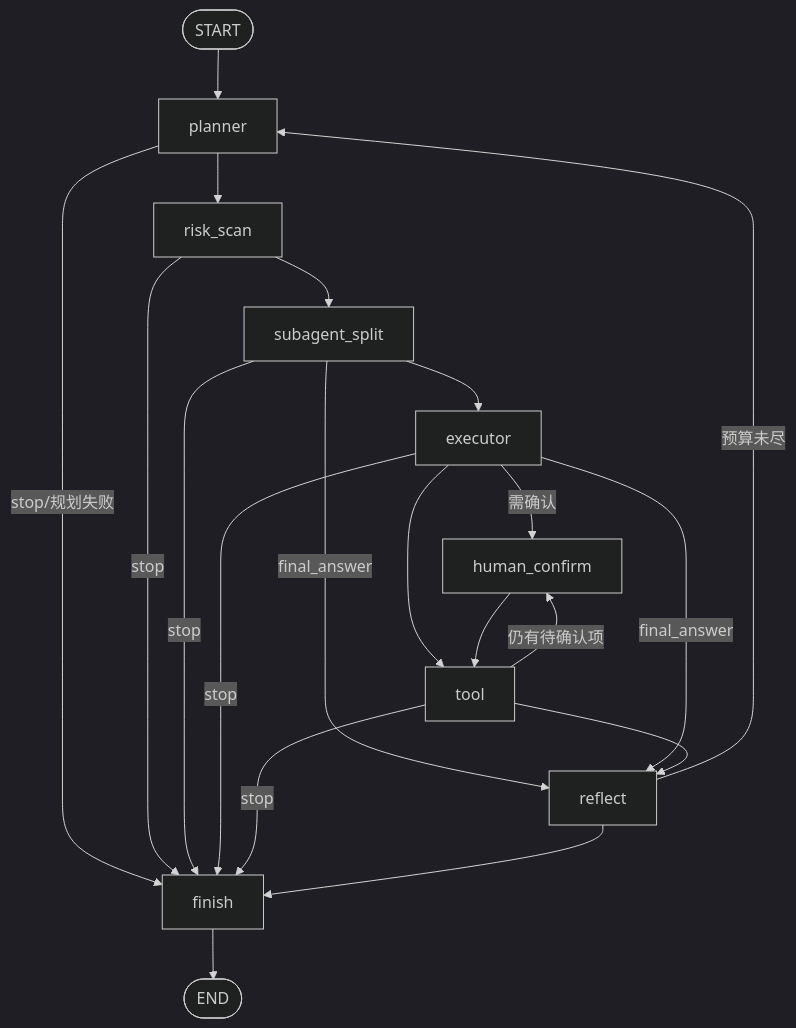
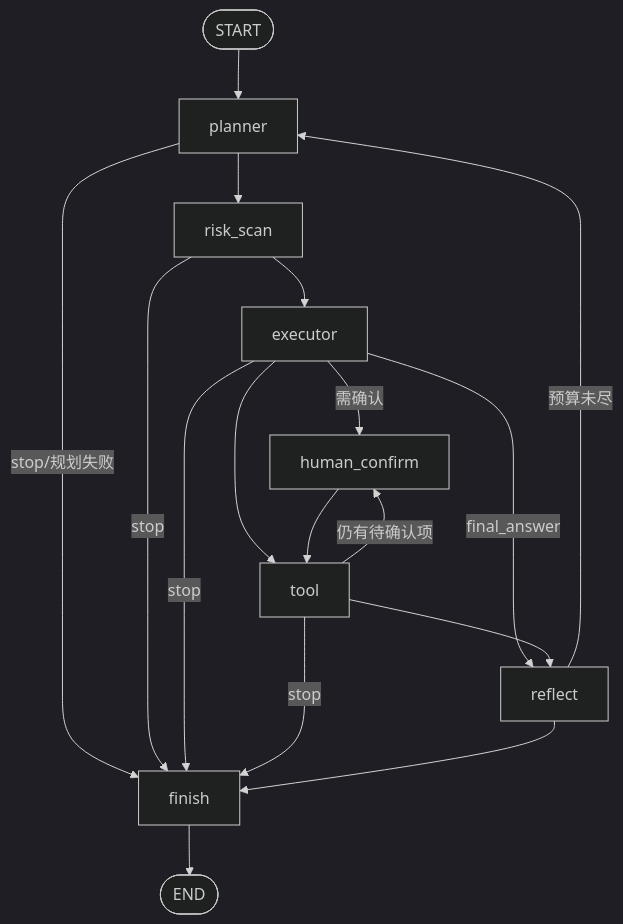
The diagram in README.md (renjianguojinqianfan/langgraph-agent), drawn with Mermaid (dark theme) before and after one commit. The commit also changed other lines of this file and 7 other files, not shown here.

````diff
--- a/README.md
+++ b/README.md
@@ -66,22 +66,19 @@
 ```mermaid
 flowchart TD
     S0([START]) --> planner
     planner -->|stop/规划失败| finish
     planner --> risk_scan
     risk_scan -->|stop| finish
-    risk_scan --> subagent_split
-    subagent_split -->|final_answer| reflect
-    subagent_split --> executor
-    subagent_split -->|stop| finish
+    risk_scan --> executor
     executor -->|需确认| human_confirm
     executor --> tool
     executor -->|final_answer| reflect
     executor -->|stop| finish
     human_confirm --> tool
     tool -->|仍有待确认项| human_confirm
     tool --> reflect
     tool -->|stop| finish
     reflect -->|预算未尽| planner
     reflect --> finish
     finish --> E0([END])
 ```
````
